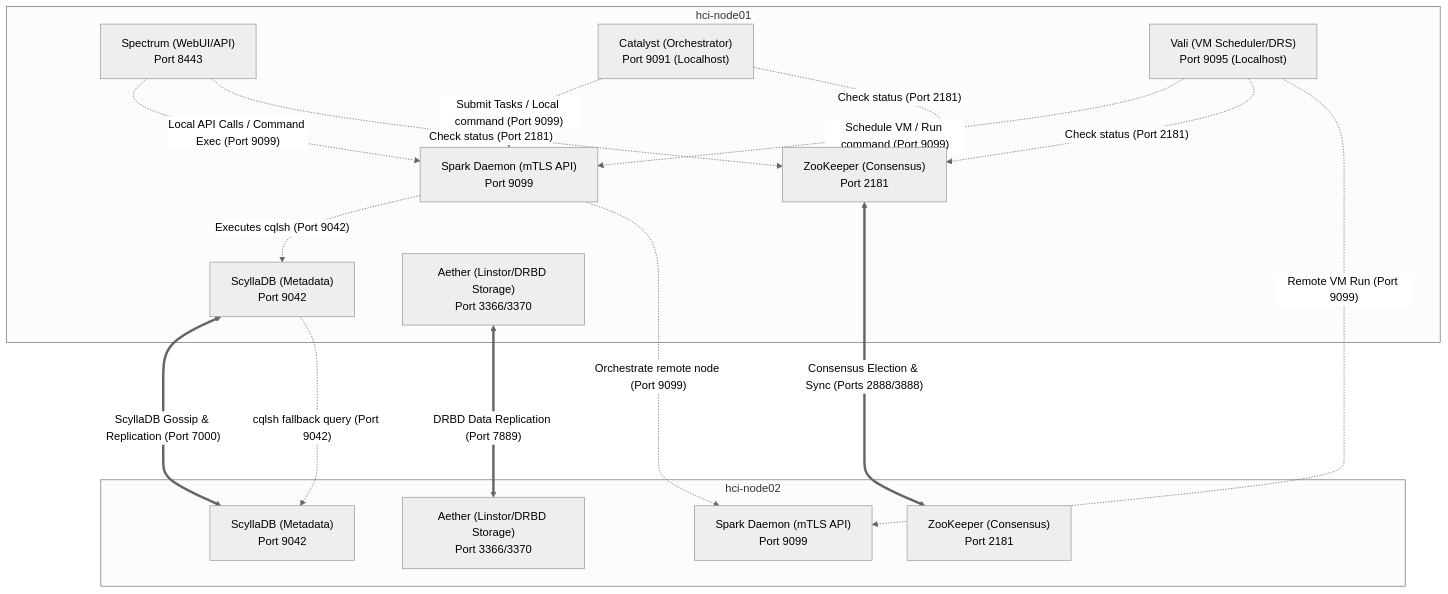
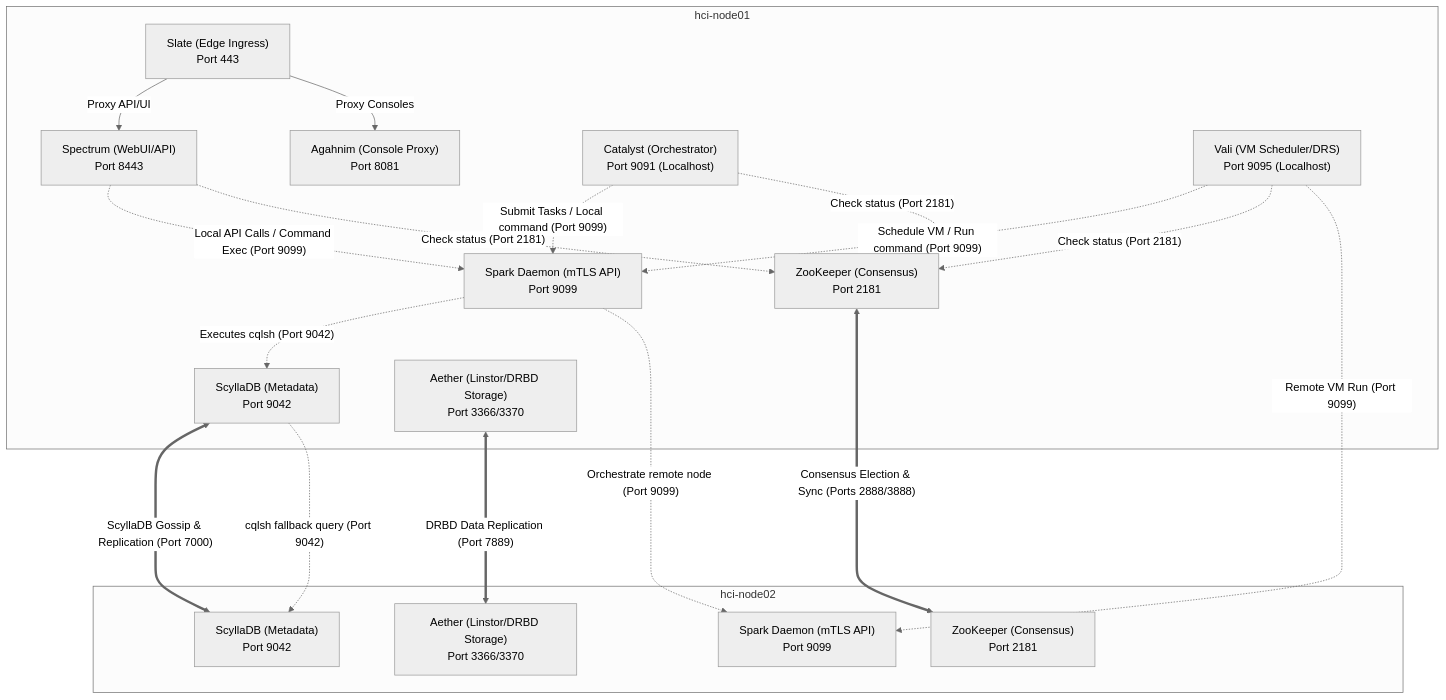
Before and after one commit to AuroraRyunix/Helios-HCI: the diagram in README.md, drawn with Mermaid (neutral theme). The commit also changed other lines of this file, not shown here.

````diff
--- a/README.md
+++ b/README.md
@@ -161,42 +162,46 @@
 ```mermaid
 flowchart TB
     subgraph Host1 [hci-node01]
+        Slate1["Slate (Edge Ingress)<br>Port 443"]
         Spectrum1["Spectrum (WebUI/API)<br>Port 8443"]
+        Agahnim1["Agahnim (Console Proxy)<br>Port 8081"]
         Catalyst1["Catalyst (Orchestrator)<br>Port 9091 (Localhost)"]
         Vali1["Vali (VM Scheduler/DRS)<br>Port 9095 (Localhost)"]
         Spark1["Spark Daemon (mTLS API)<br>Port 9099"]
         ZK1["ZooKeeper (Consensus)<br>Port 2181"]
         DB1["ScyllaDB (Metadata)<br>Port 9042"]
         Aether1["Aether (Linstor/DRBD Storage)<br>Port 3366/3370"]
     end
+    Slate1 -->|"Proxy API/UI"| Spectrum1
+    Slate1 -->|"Proxy Consoles"| Agahnim1
 
     subgraph Host2 [hci-node02]
         Spark2["Spark Daemon (mTLS API)<br>Port 9099"]
         ZK2["ZooKeeper (Consensus)<br>Port 2181"]
         DB2["ScyllaDB (Metadata)<br>Port 9042"]
         Aether2["Aether (Linstor/DRBD Storage)<br>Port 3366/3370"]
     end
 
     %% Internal service orchestration and query flows on Host1
     Spectrum1 -.->|"Local API Calls / Command Exec (Port 9099)"| Spark1
     Catalyst1 -.->|"Submit Tasks / Local command (Port 9099)"| Spark1
     Vali1 -.->|"Schedule VM / Run command (Port 9099)"| Spark1
     
     %% Direct TCP status checks
     Spectrum1 -.->|"Check status (Port 2181)"| ZK1
     Catalyst1 -.->|"Check status (Port 2181)"| ZK1
     Vali1 -.->|"Check status (Port 2181)"| ZK1
 
     %% Local database access via spark execution
     Spark1 -.->|"Executes cqlsh (Port 9042)"| DB1
 
     %% Inter-node replication and consensus (Cluster Mesh)
     DB1 <===>|"ScyllaDB Gossip & Replication (Port 7000)"| DB2
     ZK1 <===>|"Consensus Election & Sync (Ports 2888/3888)"| ZK2
     Aether1 <===>|"DRBD Data Replication (Port 7889)"| Aether2
 
     %% Remote orchestration and fallbacks
     Spark1 -.->|"Orchestrate remote node (Port 9099)"| Spark2
     Vali1 -.->|"Remote VM Run (Port 9099)"| Spark2
     DB1 -.->|"cqlsh fallback query (Port 9042)"| DB2
 ```
````
